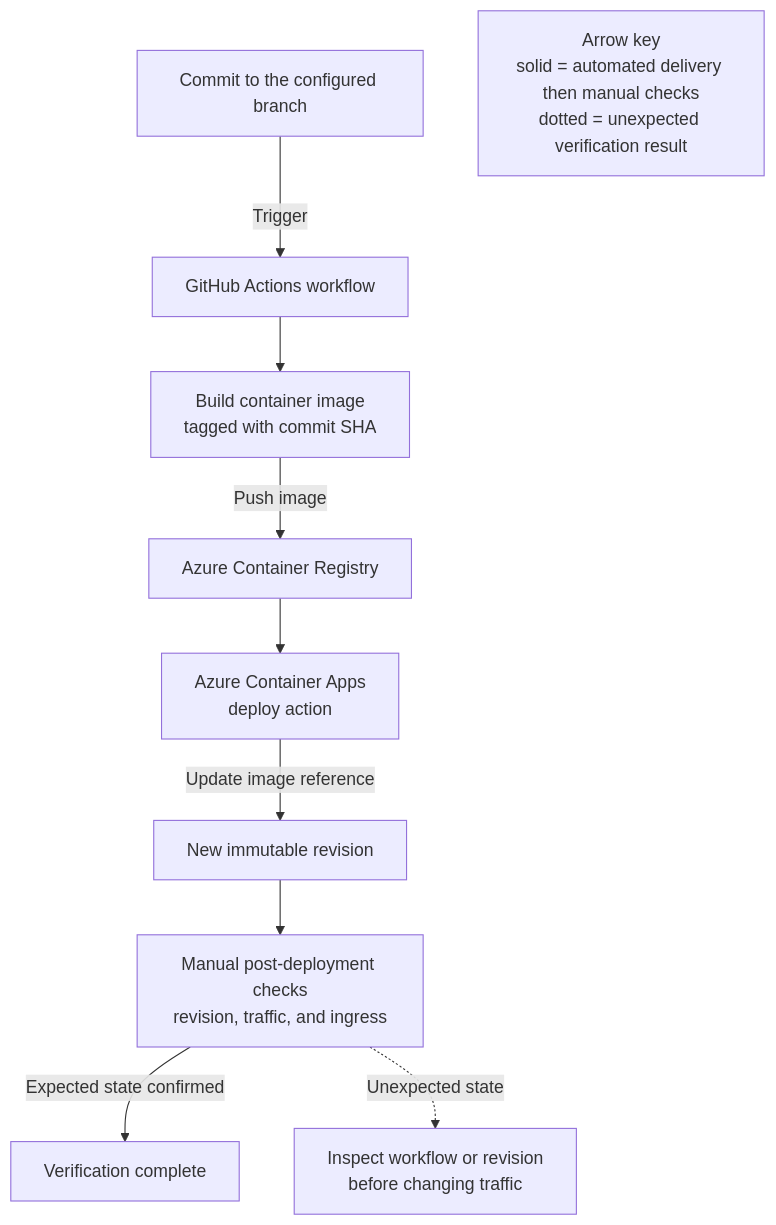
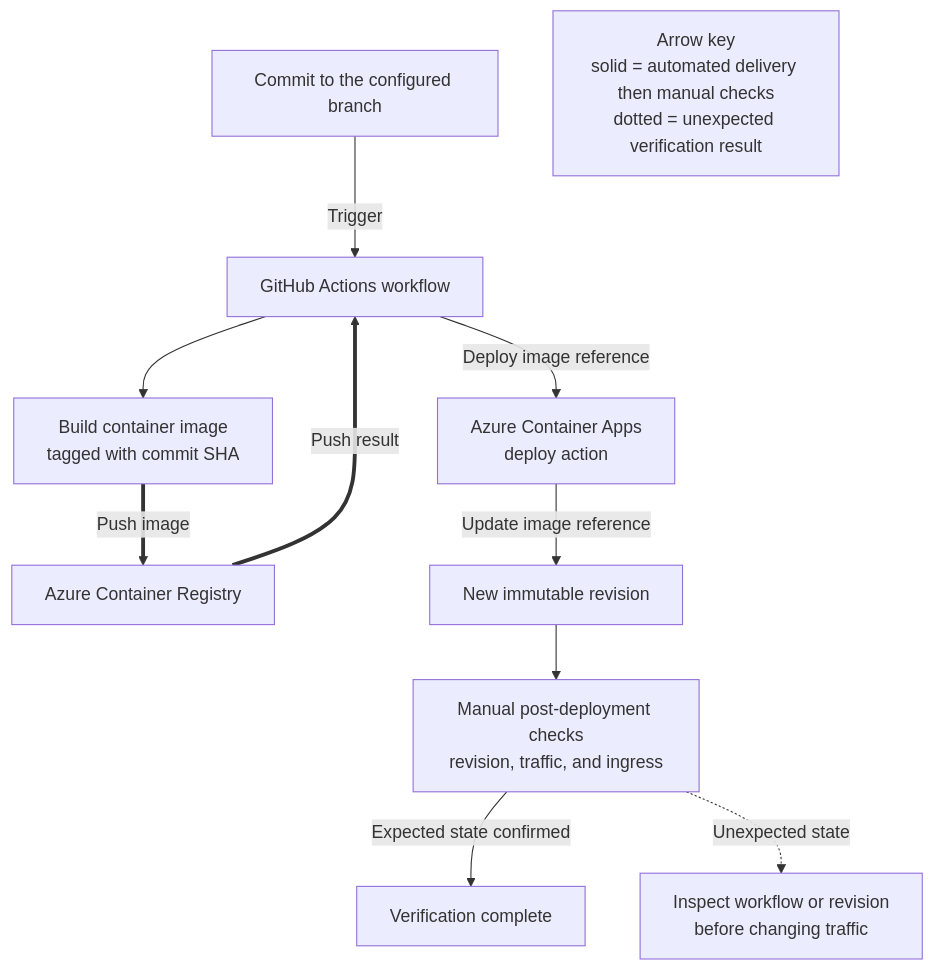
One commit to yeongseon/azure-container-apps-practical-guide changed the second of 2 diagrams in docs/language-guides/python/tutorial/06-ci-cd.md. Above: the diagram before and after it, drawn with Mermaid. The commit also changed other lines of this file and 15 other files, not shown here.

First line of the commit message:
fix(diagrams): correct runtime, tutorial topology and CI/CD diagram paths and record review (#639)

````diff
--- a/docs/language-guides/python/tutorial/06-ci-cd.md
+++ b/docs/language-guides/python/tutorial/06-ci-cd.md
@@ -99,26 +81,27 @@
 ```mermaid
 flowchart TD
     accTitle: GitHub Actions delivery flow for the Python container app
-    accDescr: A commit starts a workflow that builds a commit-tagged container image, pushes it to Azure Container Registry, and updates the container app. Pre-deployment tests are not included, while revision health, traffic, and ingress are verified manually after deployment.
+    accDescr: A commit starts a workflow that builds a commit-tagged image and pushes it to Azure Container Registry. The workflow independently invokes the deploy action with that image reference; ACR returns the push result but does not initiate deployment. Revision health, traffic, and ingress are then verified manually.
 
     COMMIT["Commit to the configured branch"]
     WORKFLOW["GitHub Actions workflow"]
     IMAGE["Build container image<br/>tagged with commit SHA"]
     ACR["Azure Container Registry"]
     DEPLOY["Azure Container Apps<br/>deploy action"]
     REVISION["New immutable revision"]
     VERIFY["Manual post-deployment checks<br/>revision, traffic, and ingress"]
     COMPLETE["Verification complete"]
     INVESTIGATE["Inspect workflow or revision<br/>before changing traffic"]
 
     COMMIT -->|"Trigger"| WORKFLOW
     WORKFLOW --> IMAGE
-    IMAGE -->|"Push image"| ACR
-    ACR --> DEPLOY
+    IMAGE ==>|"Push image"| ACR
+    ACR ==>|"Push result"| WORKFLOW
+    WORKFLOW -->|"Deploy image reference"| DEPLOY
     DEPLOY -->|"Update image reference"| REVISION
     REVISION --> VERIFY
     VERIFY -->|"Expected state confirmed"| COMPLETE
     VERIFY -.->|"Unexpected state"| INVESTIGATE
 
     LEGEND["Arrow key<br/>solid = automated delivery then manual checks<br/>dotted = unexpected verification result"]
 ```
````
